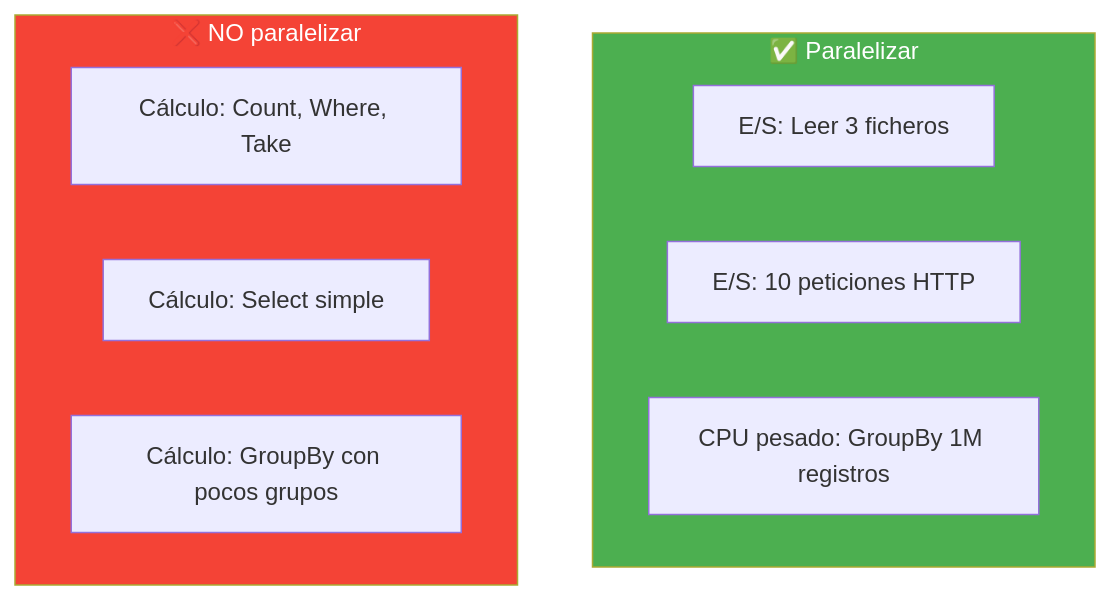
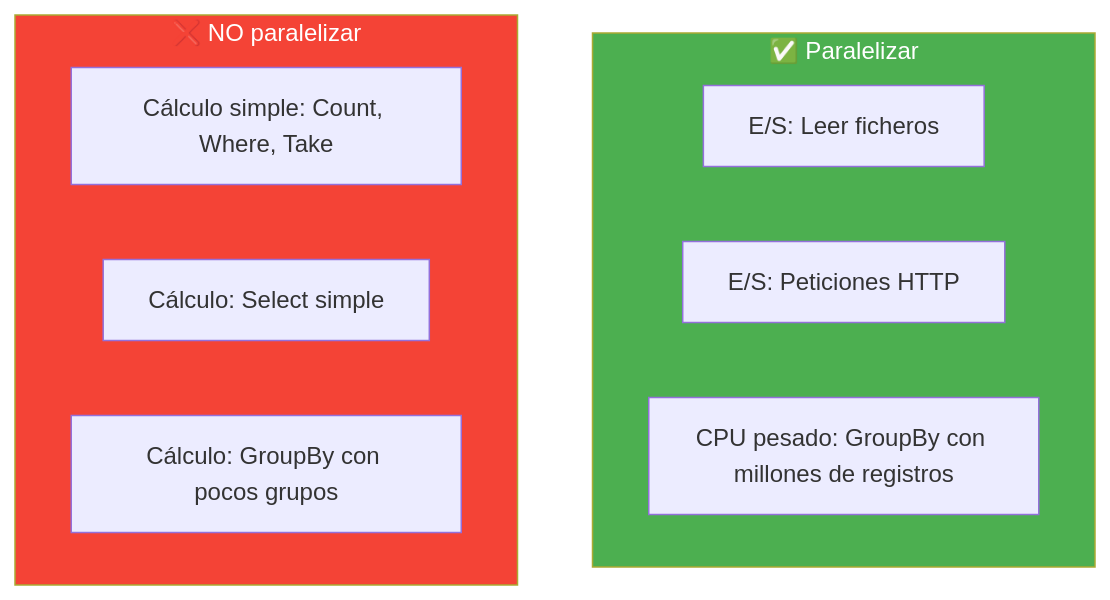
Before and after one commit to joseluisgs/DesarrolloWebEntornosServidor-01-2026-2027: diagram 14 of 19 in 16-concurrencia-asincronia.md, drawn with Mermaid. The commit also changed other lines of this file, not shown here.

````diff
--- a/16-concurrencia-asincronia.md
+++ b/16-concurrencia-asincronia.md
@@ -578,17 +573,17 @@
 ```mermaid
 graph TB
     subgraph BUENO["✅ Paralelizar"]
-        E1["E/S: Leer 3 ficheros"]
-        E2["E/S: 10 peticiones HTTP"]
-        E3["CPU pesado: GroupBy 1M registros"]
+        E1["E/S: Leer ficheros"]
+        E2["E/S: Peticiones HTTP"]
+        E3["CPU pesado: GroupBy con millones de registros"]
     end
 
     subgraph MALO["❌ NO paralelizar"]
-        M1["Cálculo: Count, Where, Take"]
+        M1["Cálculo simple: Count, Where, Take"]
         M2["Cálculo: Select simple"]
         M3["Cálculo: GroupBy con pocos grupos"]
     end
 
     style BUENO fill:#4CAF50,color:#fff
     style MALO fill:#f44336,color:#fff
 ```
````
